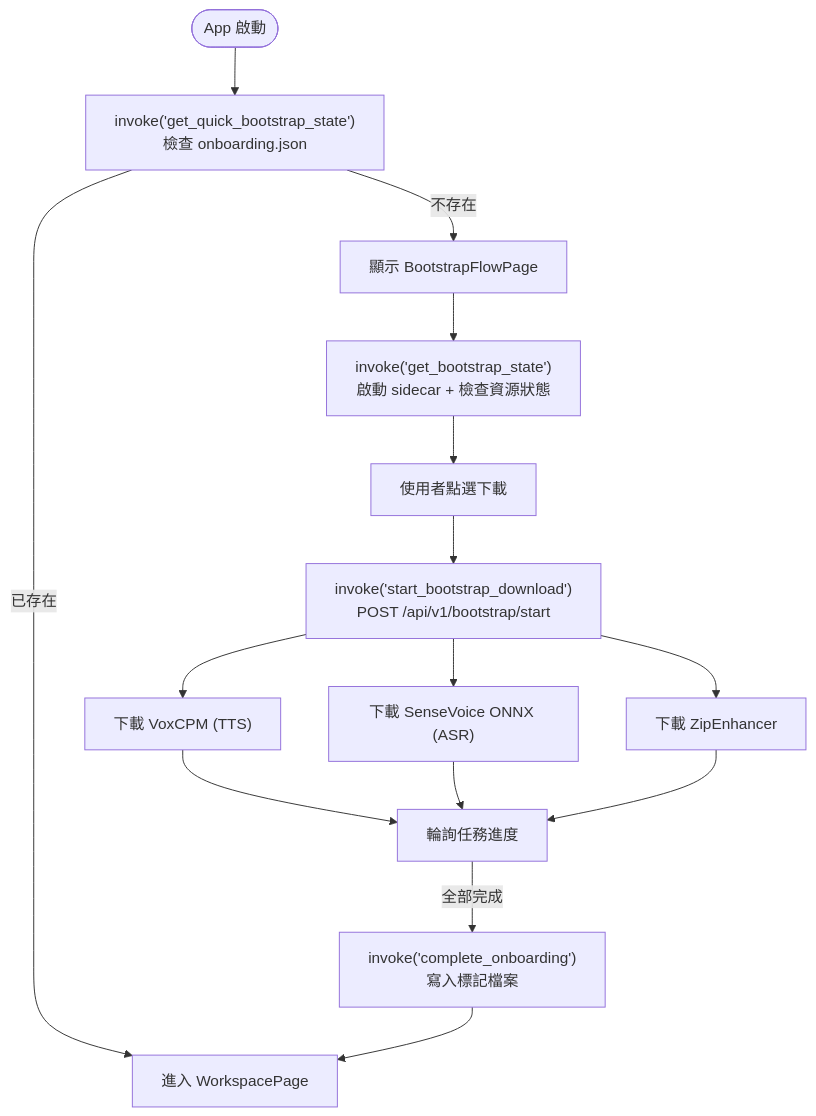
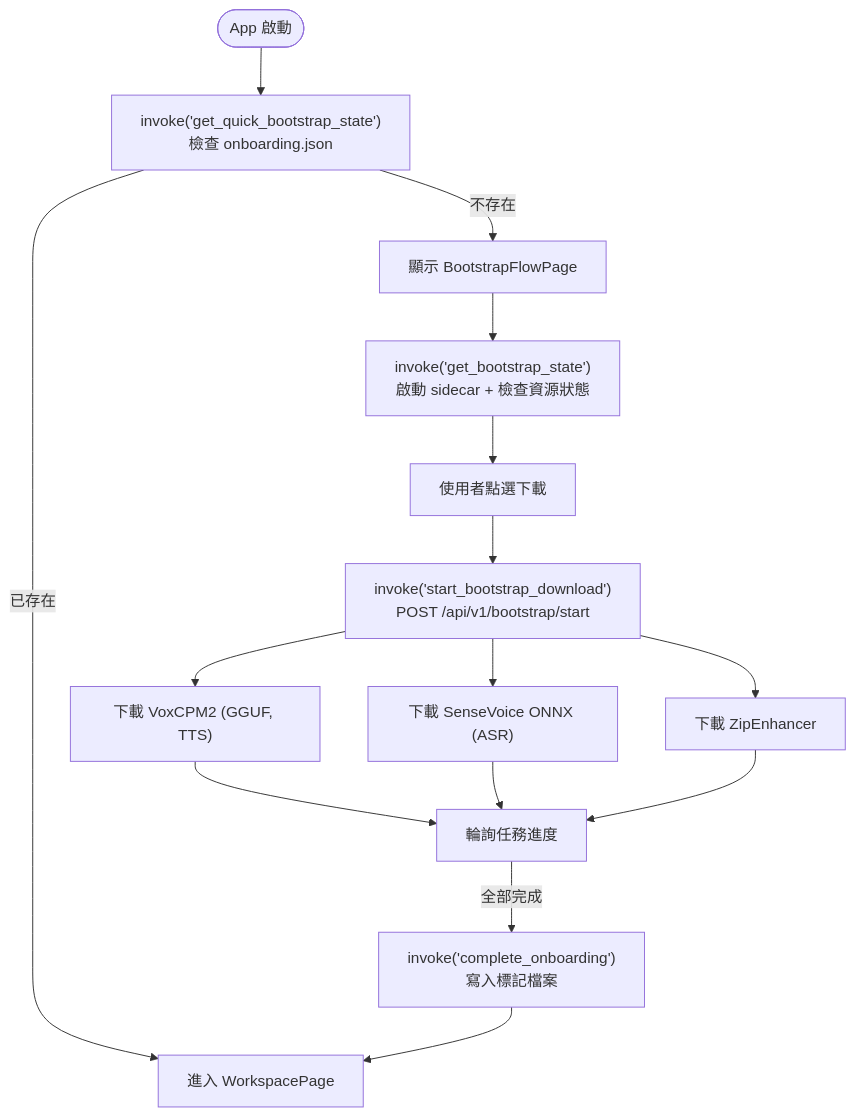
Before and after one commit to ZMXJJ/Voca: the sixth of 7 diagrams in docs/zh-TW/architecture.md, drawn with Mermaid. The commit also changed other lines of this file and 11 other files, not shown here.

````diff
--- a/docs/zh-TW/architecture.md
+++ b/docs/zh-TW/architecture.md
@@ -236,21 +253,21 @@
 ```mermaid
 flowchart TD
     Start([App 啟動]) --> QuickCheck["invoke('get_quick_bootstrap_state')<br/>檢查 onboarding.json"]
     QuickCheck -->|不存在| Bootstrap["顯示 BootstrapFlowPage"]
     QuickCheck -->|已存在| Workspace["進入 WorkspacePage"]
 
     Bootstrap --> GetState["invoke('get_bootstrap_state')<br/>啟動 sidecar + 檢查資源狀態"]
     GetState --> UserClick["使用者點選下載"]
     UserClick --> StartDL["invoke('start_bootstrap_download')<br/>POST /api/v1/bootstrap/start"]
 
-    StartDL --> DL_TTS["下載 VoxCPM (TTS)"]
+    StartDL --> DL_TTS["下載 VoxCPM2 (GGUF, TTS)"]
     StartDL --> DL_ASR["下載 SenseVoice ONNX (ASR)"]
     StartDL --> DL_ENH["下載 ZipEnhancer"]
 
     DL_TTS --> Poll["輪詢任務進度"]
     DL_ASR --> Poll
     DL_ENH --> Poll
 
     Poll -->|全部完成| Complete["invoke('complete_onboarding')<br/>寫入標記檔案"]
     Complete --> Workspace
 ```
````
